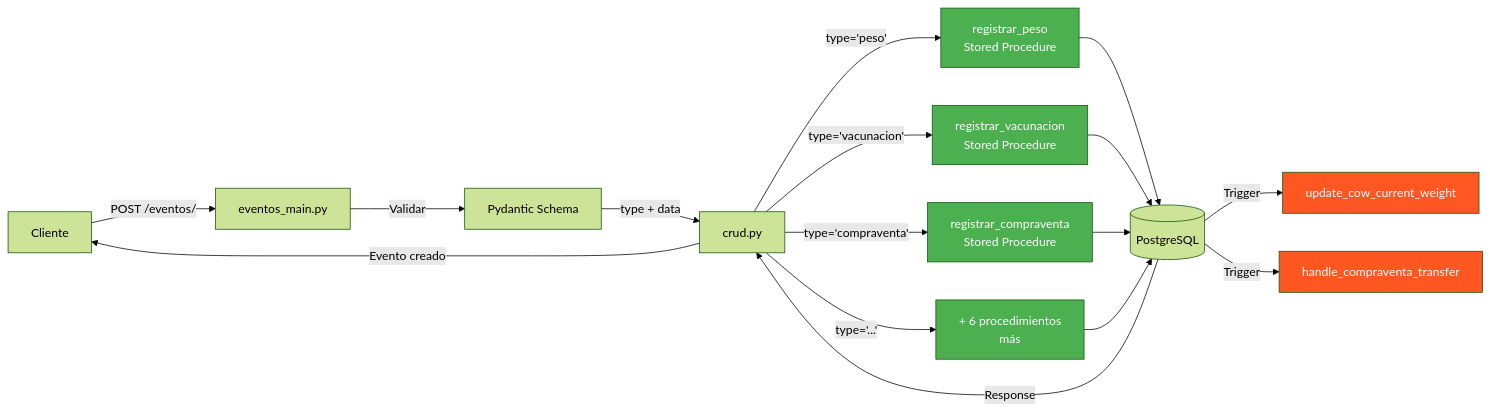
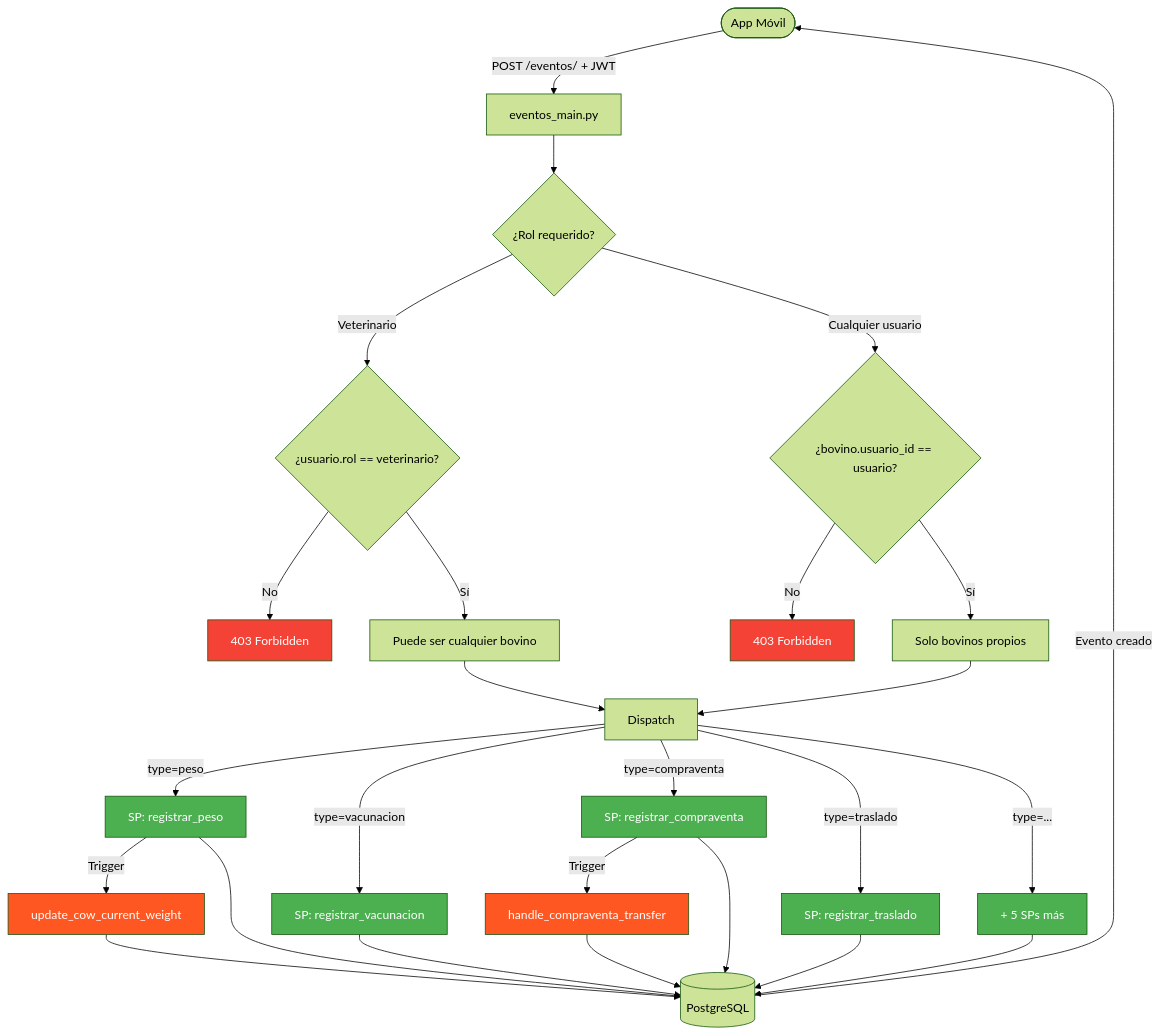
One commit to jorgemp1270/union_ganadera_api changed the fourth of 5 diagrams in README.md. Above: the diagram before and after it, drawn with Mermaid (forest theme). The commit also changed other lines of this file and 12 other files, not shown here.

````diff
--- a/README.md
+++ b/README.md
@@ -148,29 +329,39 @@
 ```mermaid
-flowchart LR
-    Client[Cliente] -->|POST /eventos/| Router[eventos_main.py]
-    Router -->|Validar| Schema[Pydantic Schema]
-    Schema -->|type + data| CRUD[crud.py]
+flowchart TD
+    Client([App Móvil]) -->|POST /eventos/ + JWT| EM[eventos_main.py]
+    EM --> RolCheck{¿Rol requerido?}
 
-    CRUD -->|type='peso'| SP1[registrar_peso<br/>Stored Procedure]
-    CRUD -->|type='vacunacion'| SP2[registrar_vacunacion<br/>Stored Procedure]
-    CRUD -->|type='compraventa'| SP3[registrar_compraventa<br/>Stored Procedure]
-    CRUD -->|type='...'| SPX[+ 6 procedimientos<br/>más]
+    RolCheck -->|Veterinario| VetCheck{¿usuario.rol == veterinario?}
+    VetCheck -->|No| E403[403 Forbidden]
+    VetCheck -->|Sí| AnyBovino[Puede ser cualquier bovino]
 
-    SP1 --> DB[(PostgreSQL)]
-    SP2 --> DB
-    SP3 --> DB
-    SPX --> DB
+    RolCheck -->|Cualquier usuario| OwnerCheck{¿bovino.usuario_id == usuario?}
+    OwnerCheck -->|No| E4032[403 Forbidden]
+    OwnerCheck -->|Sí| OwnBovino[Solo bovinos propios]
 
-    DB -->|Trigger| T1[update_cow_current_weight]
-    DB -->|Trigger| T2[handle_compraventa_transfer]
+    AnyBovino --> Dispatch
+    OwnBovino --> Dispatch
 
-    DB -->|Response| CRUD
-    CRUD -->|Evento creado| Client
+    Dispatch -->|type=peso| SP1[SP: registrar_peso]
+    Dispatch -->|type=vacunacion| SP2[SP: registrar_vacunacion]
+    Dispatch -->|type=compraventa| SP3[SP: registrar_compraventa]
+    Dispatch -->|type=traslado| SP4[SP: registrar_traslado]
+    Dispatch -->|type=...| SPX[+ 5 SPs más]
 
+    SP1 -->|Trigger| T1[update_cow_current_weight]
+    SP3 -->|Trigger| T2[handle_compraventa_transfer]
+
+    SP1 & SP2 & SP3 & SP4 & SPX --> DB[(PostgreSQL)]
+    T1 & T2 --> DB
+    DB -->|Evento creado| Client
+
+    style E403 fill:#f44336,color:#fff
+    style E4032 fill:#f44336,color:#fff
+    style T1 fill:#FF5722,color:#fff
+    style T2 fill:#FF5722,color:#fff
     style SP1 fill:#4CAF50,color:#fff
     style SP2 fill:#4CAF50,color:#fff
     style SP3 fill:#4CAF50,color:#fff
+    style SP4 fill:#4CAF50,color:#fff
     style SPX fill:#4CAF50,color:#fff
-    style T1 fill:#FF5722,color:#fff
-    style T2 fill:#FF5722,color:#fff
 ```
````
